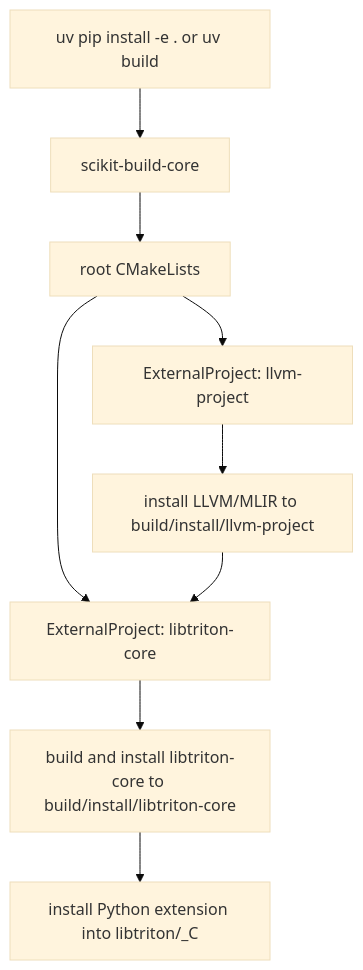
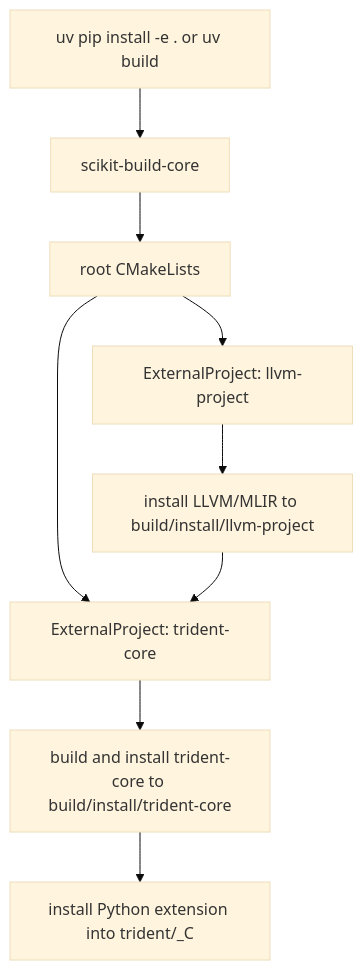
Before and after one commit to sgjzfzzf/LibTriton: the first of 2 diagrams in docs/Architecture.md, drawn with Mermaid (base theme). The commit also changed other lines of this file and 239 other files, not shown here.

Commit message:
refactor: rename project from LibTriton to Trident

````diff
--- a/docs/Architecture.md
+++ b/docs/Architecture.md
@@ -24,11 +24,11 @@
 ```mermaid
 flowchart TD
   A[uv pip install -e . or uv build] --> B[scikit-build-core]
   B --> C[root CMakeLists]
   C --> D[ExternalProject: llvm-project]
-  C --> E[ExternalProject: libtriton-core]
+  C --> E[ExternalProject: trident-core]
   D --> F[install LLVM/MLIR to build/install/llvm-project]
   F --> E
-  E --> G[build and install libtriton-core to build/install/libtriton-core]
-  G --> H[install Python extension into libtriton/_C]
+  E --> G[build and install trident-core to build/install/trident-core]
+  G --> H[install Python extension into trident/_C]
 ```
````
